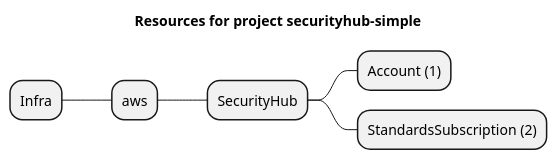
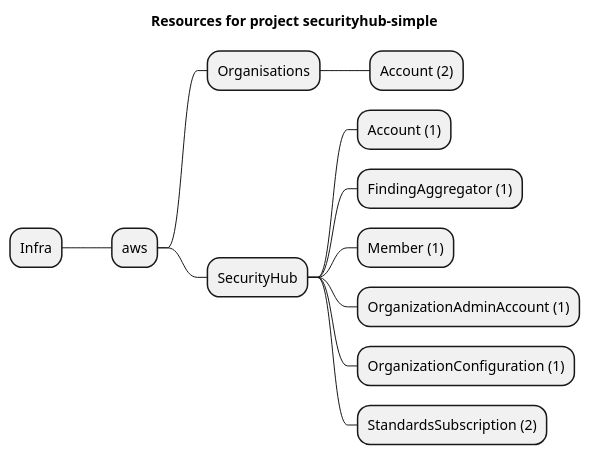
The diagram in examples/aws/SecurityHub/securityhub-simple/artifacts/resources-mindmap.puml (grucloud/grucloud), drawn with PlantUML before and after one commit. The commit also changed 8 other files, not shown here.

```diff
--- a/examples/aws/SecurityHub/securityhub-simple/artifacts/resources-mindmap.puml
+++ b/examples/aws/SecurityHub/securityhub-simple/artifacts/resources-mindmap.puml
@@ -1,9 +1,15 @@
 @startmindmap
 title Resources for project securityhub-simple
 skinparam monochrome true
 + Infra
 ++ aws
++++ Organisations
+++++ Account (2)
 +++ SecurityHub
 ++++ Account (1)
+++++ FindingAggregator (1)
+++++ Member (1)
+++++ OrganizationAdminAccount (1)
+++++ OrganizationConfiguration (1)
 ++++ StandardsSubscription (2)
 @endmindmap
```
